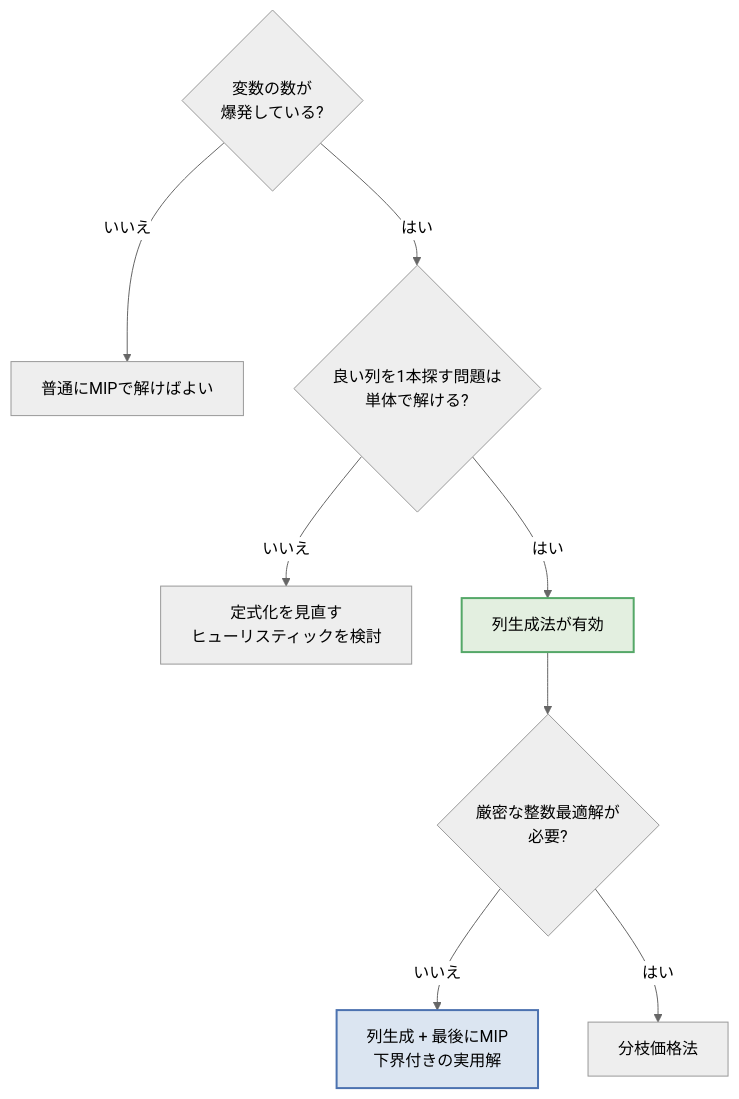
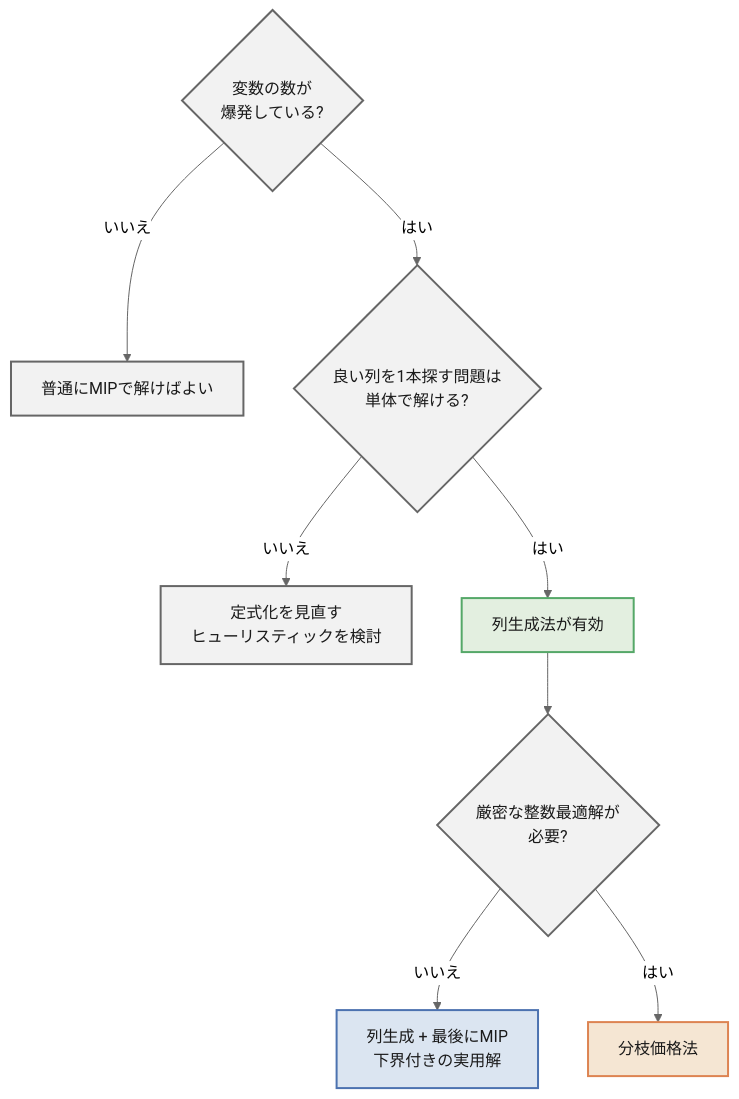
Before and after one commit to ctenopoma/zenn-contents: the third of 3 diagrams in articles/column-generation.md, drawn with Mermaid (neutral theme). The commit also changed other lines of this file and 8 other files, not shown here.

````diff
--- a/articles/column-generation.md
+++ b/articles/column-generation.md
@@ -586,13 +829,19 @@
 ```mermaid
 graph TD
-    A{変数の数が<br/>爆発している?} -- いいえ --> B[普通にMIPで解けばよい]
-    A -- はい --> C{良い列を1本探す問題は<br/>単体で解ける?}
-    C -- いいえ --> D[定式化を見直す<br/>ヒューリスティックを検討]
-    C -- はい --> E[列生成法が有効]
-    E --> F{厳密な整数最適解が<br/>必要?}
-    F -- いいえ --> G[列生成 + 最後にMIP<br/>下界付きの実用解]
-    F -- はい --> H[分枝価格法]
+    A{"変数の数が<br/>爆発している?"} -- いいえ --> B["普通にMIPで解けばよい"]
+    A -- はい --> C{"良い列を1本探す問題は<br/>単体で解ける?"}
+    C -- いいえ --> D["定式化を見直す<br/>ヒューリスティックを検討"]
+    C -- はい --> E["列生成法が有効"]
+    E --> F{"厳密な整数最適解が<br/>必要?"}
+    F -- いいえ --> G["列生成 + 最後にMIP<br/>下界付きの実用解"]
+    F -- はい --> H["分枝価格法"]
 
-    style E fill:#e3efe0,stroke:#55A868,stroke-width:2px
-    style G fill:#dbe5f1,stroke:#4C72B0,stroke-width:2px
+    style A fill:#f2f2f2,stroke:#666,stroke-width:2px,color:#1a1a1a
+    style B fill:#f2f2f2,stroke:#666,stroke-width:2px,color:#1a1a1a
+    style C fill:#f2f2f2,stroke:#666,stroke-width:2px,color:#1a1a1a
+    style D fill:#f2f2f2,stroke:#666,stroke-width:2px,color:#1a1a1a
+    style E fill:#e3efe0,stroke:#55A868,stroke-width:2px,color:#1a1a1a
+    style F fill:#f2f2f2,stroke:#666,stroke-width:2px,color:#1a1a1a
+    style G fill:#dbe5f1,stroke:#4C72B0,stroke-width:2px,color:#1a1a1a
+    style H fill:#f5e6d3,stroke:#DD8452,stroke-width:2px,color:#1a1a1a
 ```
````
